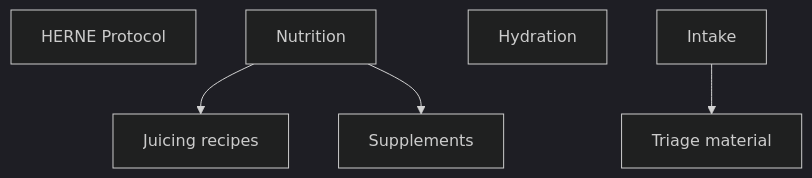
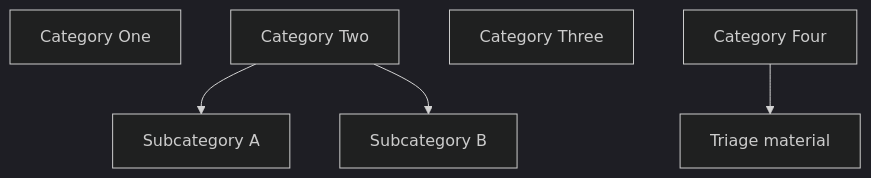
The second of 4 diagrams in docs/architecture/06-knowledge-architecture.md (jayjay77uk/Juice-doctor), drawn with Mermaid (dark theme) before and after one commit. The commit also changed other lines of this file and 71 other files, not shown here.

````diff
--- a/docs/architecture/06-knowledge-architecture.md
+++ b/docs/architecture/06-knowledge-architecture.md
@@ -123,10 +123,10 @@
 ```mermaid
 flowchart TD
-    ROOT1["HERNE Protocol"]
-    ROOT2["Nutrition"]
-    ROOT3["Hydration"]
-    ROOT4["Intake"]
-    ROOT2 --> N1["Juicing recipes"]
-    ROOT2 --> N2["Supplements"]
+    ROOT1["Category One"]
+    ROOT2["Category Two"]
+    ROOT3["Category Three"]
+    ROOT4["Category Four"]
+    ROOT2 --> N1["Subcategory A"]
+    ROOT2 --> N2["Subcategory B"]
     ROOT4 --> I1["Triage material"]
 ```
````
